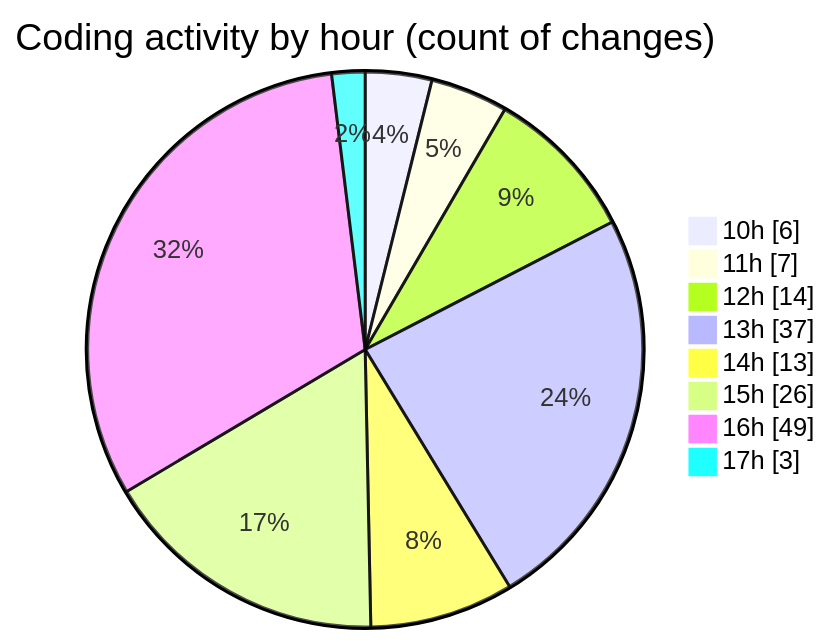
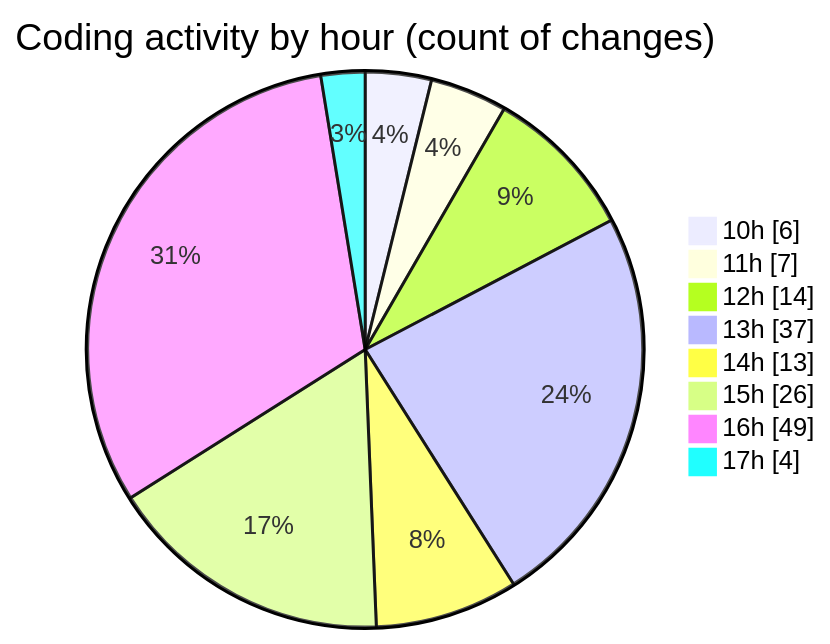
One commit to momahboobian/code-tracking changed the second of 2 diagrams in 2025-06-23/cda/README.md. Above: the diagram before and after it, drawn with Mermaid. The commit also changed other lines of this file and 1 other file, not shown here.

````diff
--- a/2025-06-23/cda/README.md
+++ b/2025-06-23/cda/README.md
@@ -50,12 +50,12 @@
 ```mermaid
 pie showData
 title Coding activity by hour (count of changes)
 "10h" : 6
 "11h" : 7
 "12h" : 14
 "13h" : 37
 "14h" : 13
 "15h" : 26
 "16h" : 49
-"17h" : 3
+"17h" : 4
 ```
````
